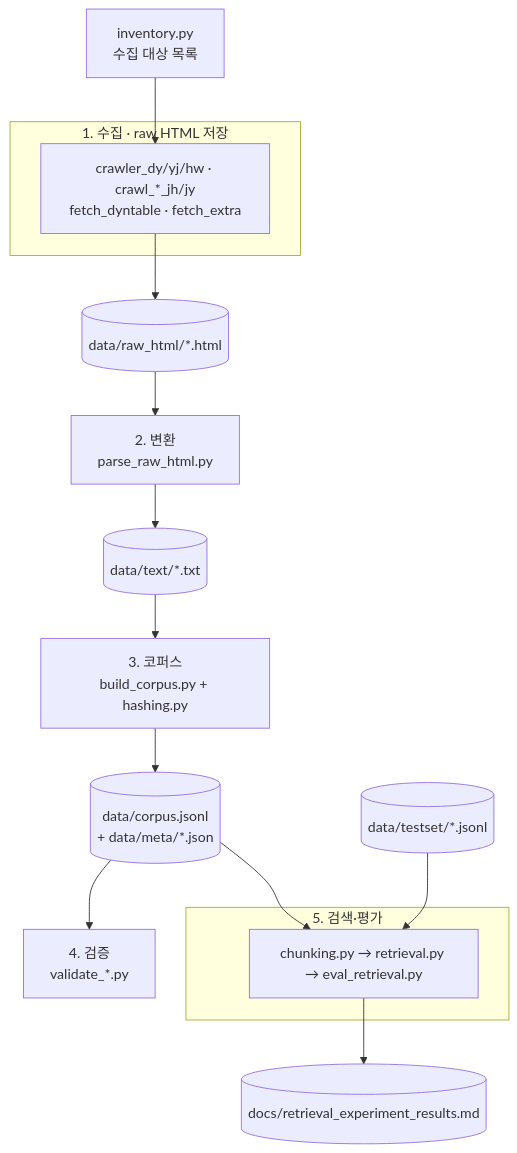
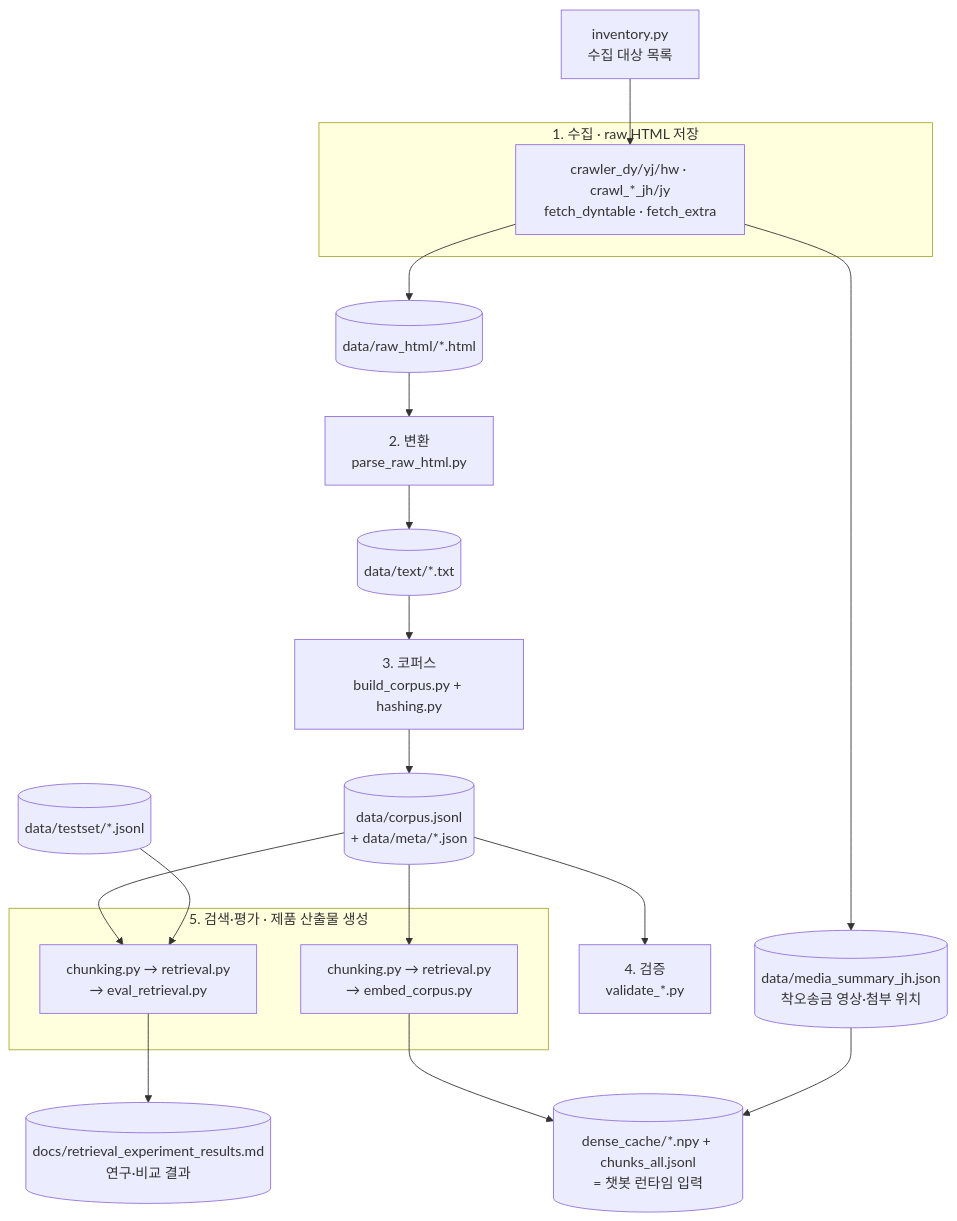
Before and after one commit to likelion-8/kdic-crawler: the diagram in docs/CODEBASE.md, drawn with Mermaid. The commit also changed other lines of this file and 1 other file, not shown here.

Commit message:
docs: 검색·임베딩·제품 산출물 흐름을 파이프라인 문서에 반영
CODEBASE.md 다이어그램과 pipeline.html이 코퍼스 단계에서 끊겨 있어
실제로 구현된 5단계(검색·평가·임베딩)와 제품 산출물 흐름이 빠져 있었다.

- embed_corpus.py → dense_cache/*.npy + chunks_all.jsonl (챗봇 런타임 입력)
- crawl_mistaken_remittance_jh.py → media_summary_jh.json (영상·첨부 위치) 추가
- pipeline.html의 '청킹 미구현' 서술을 실제(5단계 완료, 챗봇 응답 생성만 미구현)로 정정
- parent_doc_id(미구현 스킴) → chunk_id/page_id(실제 chunks_all.jsonl 필드)

````diff
--- a/docs/CODEBASE.md
+++ b/docs/CODEBASE.md
@@ -8,19 +8,24 @@
 ```mermaid
 flowchart TD
     INV[inventory.py<br/>수집 대상 목록] --> CRAWL
     subgraph S1[1. 수집 · raw HTML 저장]
       CRAWL[crawler_dy/yj/hw · crawl_*_jh/jy<br/>fetch_dyntable · fetch_extra]
     end
     CRAWL --> RAW[(data/raw_html/*.html)]
+    CRAWL --> MEDIA[(data/media_summary_jh.json<br/>착오송금 영상·첨부 위치)]
     RAW --> PARSE[2. 변환<br/>parse_raw_html.py]
     PARSE --> TXT[(data/text/*.txt)]
     TXT --> BUILD[3. 코퍼스<br/>build_corpus.py + hashing.py]
     BUILD --> CORP[(data/corpus.jsonl<br/>+ data/meta/*.json)]
     CORP --> VAL[4. 검증<br/>validate_*.py]
-    CORP --> RET[5. 검색·평가]
+    CORP --> RET
+    CORP --> EMB
     TESTSET[(data/testset/*.jsonl)] --> RET
-    subgraph S5[5. 검색·평가]
-      RET[chunking.py → retrieval.py → eval_retrieval.py]
+    subgraph S5[5. 검색·평가 · 제품 산출물 생성]
+      RET[chunking.py → retrieval.py<br/>→ eval_retrieval.py]
+      EMB[chunking.py → retrieval.py<br/>→ embed_corpus.py]
     end
-    RET --> DOCS[(docs/retrieval_experiment_results.md)]
+    RET --> DOCS[(docs/retrieval_experiment_results.md<br/>연구·비교 결과)]
+    EMB --> PROD[(dense_cache/*.npy + chunks_all.jsonl<br/>= 챗봇 런타임 입력)]
+    MEDIA --> PROD
 ```
````
